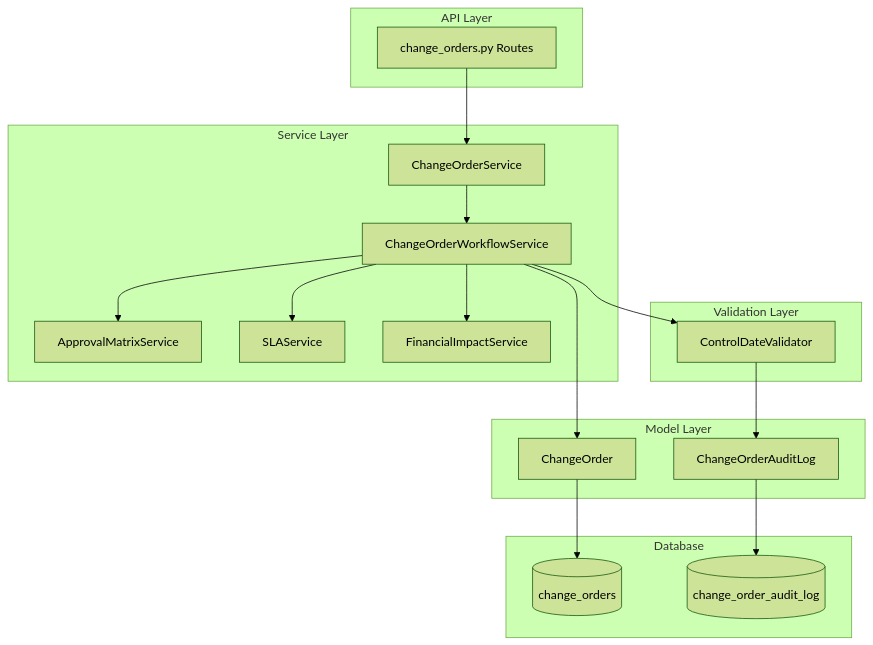
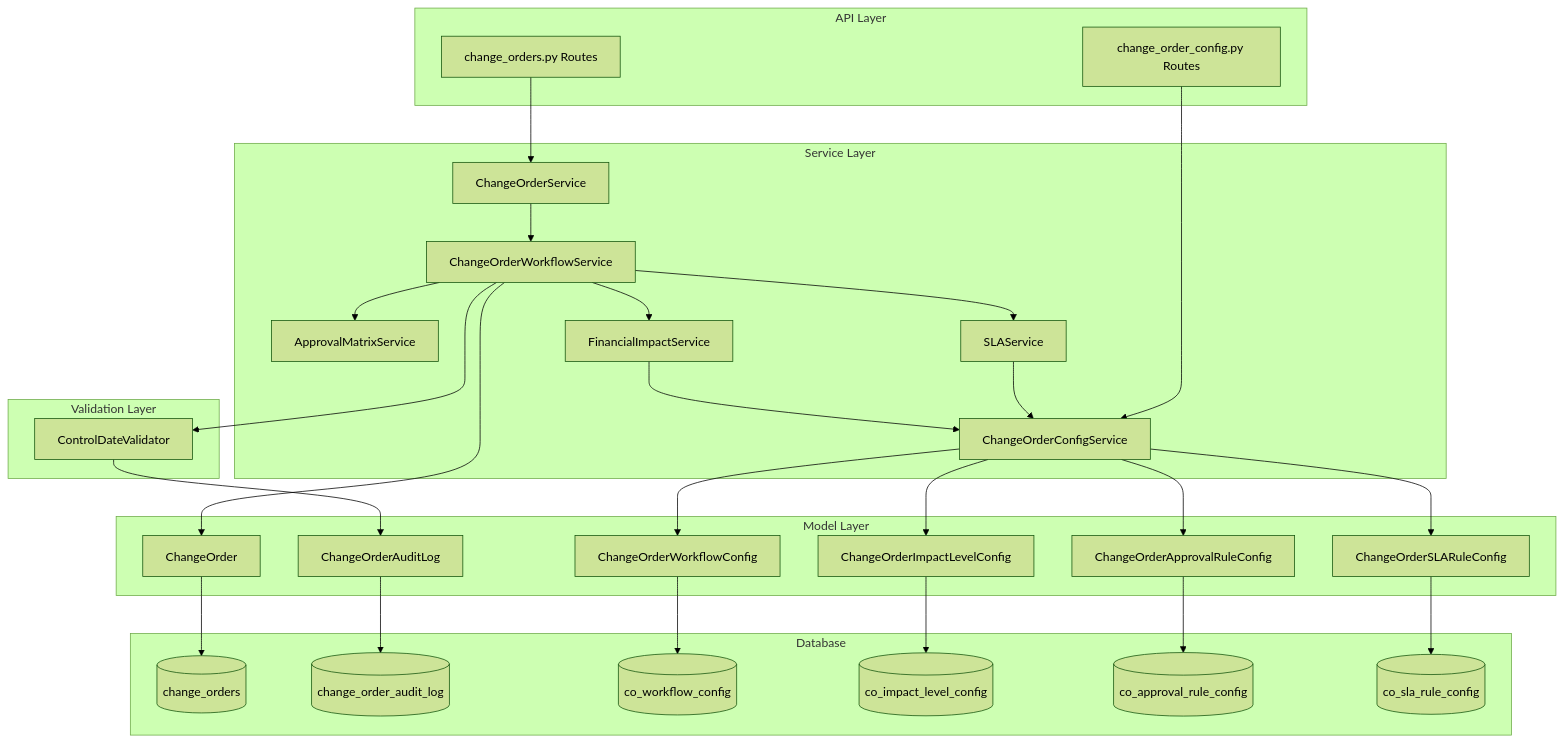
Before and after one commit to ogghst/backcast: the first of 2 diagrams in docs/02-architecture/backend/contexts/change-order-workflow/architecture.md, drawn with Mermaid (forest theme). The commit also changed other lines of this file and 48 other files, not shown here.

First line of the commit message:
feat: configurable change order workflow (Phase A - core config)

````diff
--- a/docs/02-architecture/backend/contexts/change-order-workflow/architecture.md
+++ b/docs/02-architecture/backend/contexts/change-order-workflow/architecture.md
@@ -36,37 +37,55 @@
 ```mermaid
 graph TB
     subgraph "API Layer"
         A[change_orders.py Routes]
+        A2[change_order_config.py Routes]
     end
 
     subgraph "Service Layer"
         B[ChangeOrderService]
         C[ChangeOrderWorkflowService]
         D[ApprovalMatrixService]
         E[SLAService]
         F[FinancialImpactService]
+        G[ChangeOrderConfigService]
     end
 
     subgraph "Validation Layer"
-        G[ControlDateValidator]
+        H[ControlDateValidator]
     end
 
     subgraph "Model Layer"
-        H[ChangeOrder]
-        I[ChangeOrderAuditLog]
+        I[ChangeOrder]
+        J[ChangeOrderAuditLog]
+        K[ChangeOrderWorkflowConfig]
+        L[ChangeOrderImpactLevelConfig]
+        M[ChangeOrderApprovalRuleConfig]
+        N[ChangeOrderSLARuleConfig]
     end
 
     subgraph "Database"
-        J[(change_orders)]
-        K[(change_order_audit_log)]
+        O[(change_orders)]
+        P[(change_order_audit_log)]
+        Q[(co_workflow_config)]
+        R[(co_impact_level_config)]
+        S[(co_approval_rule_config)]
+        T[(co_sla_rule_config)]
     end
 
     A --> B
+    A2 --> G
     B --> C
     C --> D & E & F
-    C --> G
-    G --> I
+    E --> G
+    F --> G
     C --> H
     H --> J
-    I --> K
+    C --> I
+    I --> O
+    J --> P
+    G --> K & L & M & N
+    K --> Q
+    L --> R
+    M --> S
+    N --> T
 ```
````
